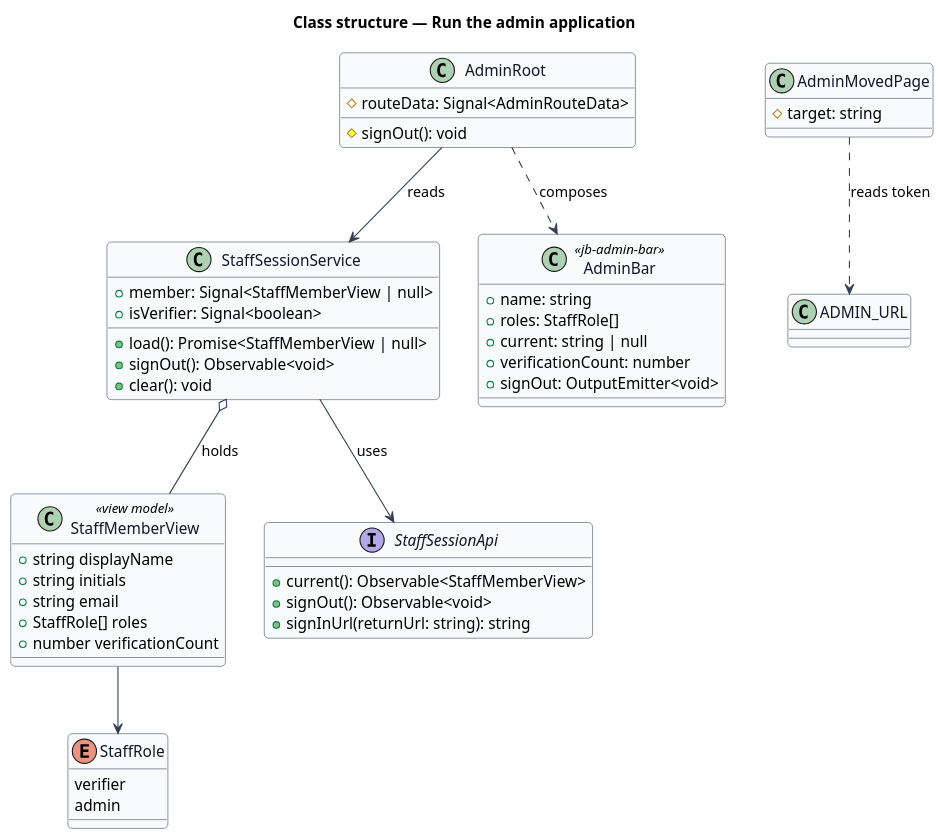
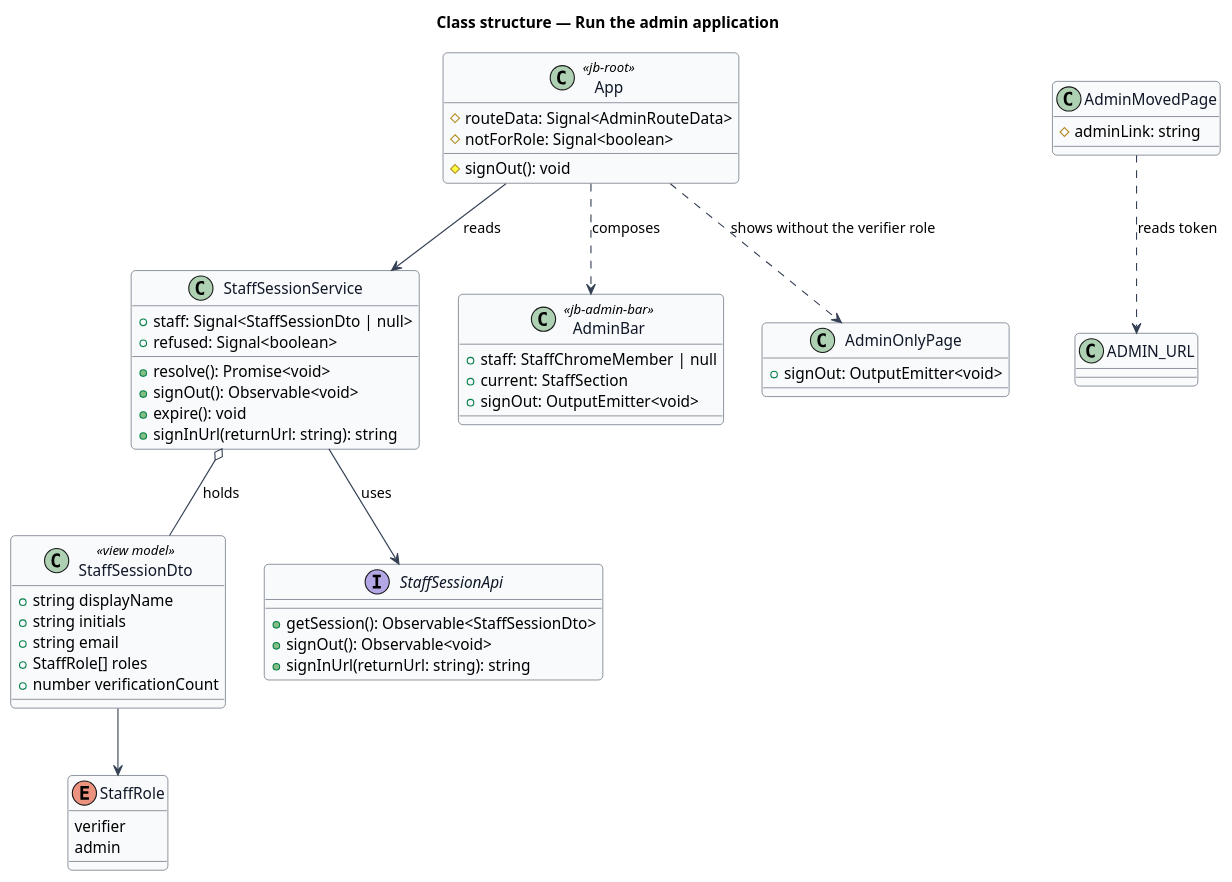
One commit to QuinntyneBrown/jubilee changed the diagram in docs/detailed-designs/admin/run-admin-application/diagrams/class-structure.puml. Above: the diagram before and after it, drawn with PlantUML. The commit also changed 111 other files, not shown here.

First line of the commit message:
The admin application and the app after the move (L2-188, L2-189, L2-190, L2-192 AC6, L2-194)

```diff
--- a/docs/detailed-designs/admin/run-admin-application/diagrams/class-structure.puml
+++ b/docs/detailed-designs/admin/run-admin-application/diagrams/class-structure.puml
@@ -1,57 +1,61 @@
 @startuml
 skinparam backgroundColor #FFFFFF
 skinparam shadowing false
 skinparam roundcorner 8
 skinparam defaultFontName Arial
 skinparam ArrowColor #344054
 skinparam class {
   BorderColor #344054
   FontColor #101828
   BackgroundColor #F9FAFB
 }
 title Class structure — Run the admin application
 
-class StaffMemberView <<view model>> {
+class StaffSessionDto <<view model>> {
   +string displayName
   +string initials
   +string email
   +StaffRole[] roles
   +number verificationCount
 }
 enum StaffRole {
   verifier
   admin
 }
 class StaffSessionService {
-  +member: Signal<StaffMemberView | null>
-  +isVerifier: Signal<boolean>
-  +load(): Promise<StaffMemberView | null>
+  +staff: Signal<StaffSessionDto | null>
+  +refused: Signal<boolean>
+  +resolve(): Promise<void>
   +signOut(): Observable<void>
-  +clear(): void
+  +expire(): void
+  +signInUrl(returnUrl: string): string
 }
 interface StaffSessionApi {
-  +current(): Observable<StaffMemberView>
+  +getSession(): Observable<StaffSessionDto>
   +signOut(): Observable<void>
   +signInUrl(returnUrl: string): string
 }
-class AdminRoot {
+class App <<jb-root>> {
   #routeData: Signal<AdminRouteData>
+  #notForRole: Signal<boolean>
   #signOut(): void
 }
 class AdminBar <<jb-admin-bar>> {
-  +name: string
-  +roles: StaffRole[]
-  +current: string | null
-  +verificationCount: number
+  +staff: StaffChromeMember | null
+  +current: StaffSection
+  +signOut: OutputEmitter<void>
+}
+class AdminOnlyPage {
   +signOut: OutputEmitter<void>
 }
 class AdminMovedPage {
-  #target: string
+  #adminLink: string
 }
 StaffSessionService --> StaffSessionApi : uses
-StaffSessionService o-- StaffMemberView : holds
-StaffMemberView --> StaffRole
-AdminRoot --> StaffSessionService : reads
-AdminRoot ..> AdminBar : composes
+StaffSessionService o-- StaffSessionDto : holds
+StaffSessionDto --> StaffRole
+App --> StaffSessionService : reads
+App ..> AdminBar : composes
+App ..> AdminOnlyPage : shows without the verifier role
 AdminMovedPage ..> "ADMIN_URL" : reads token
 @enduml
```
